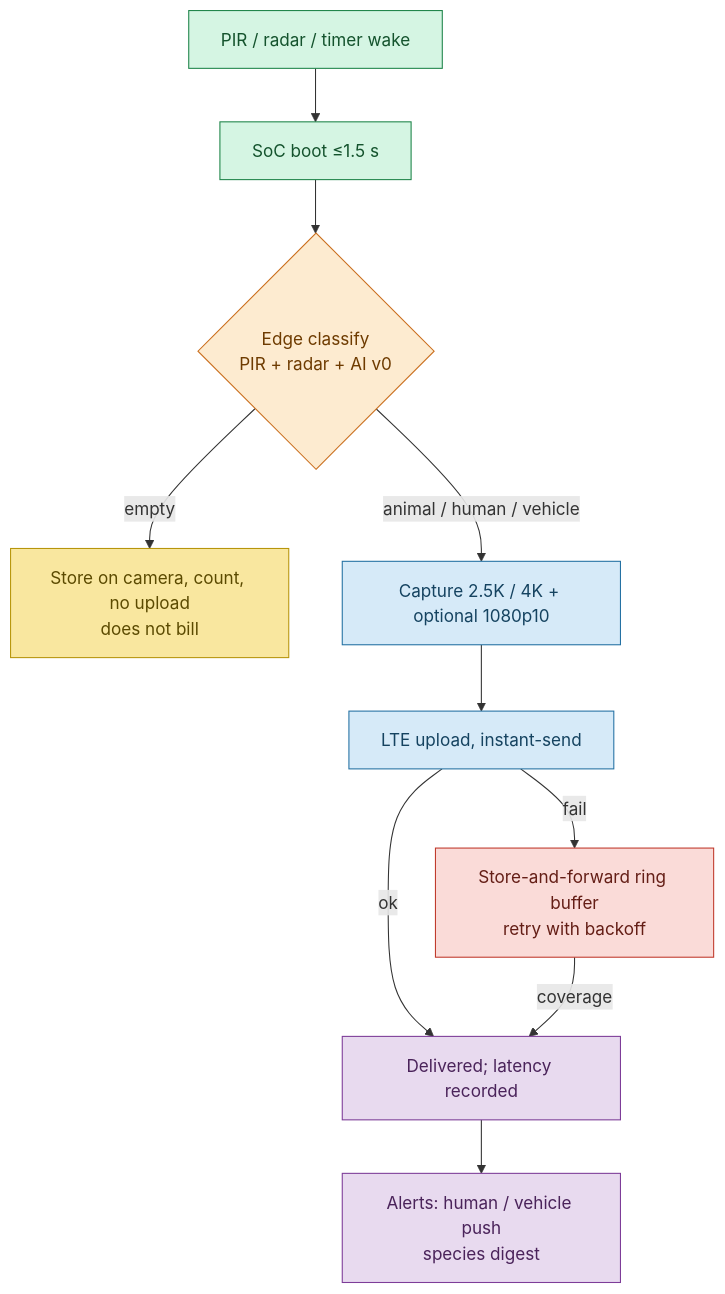
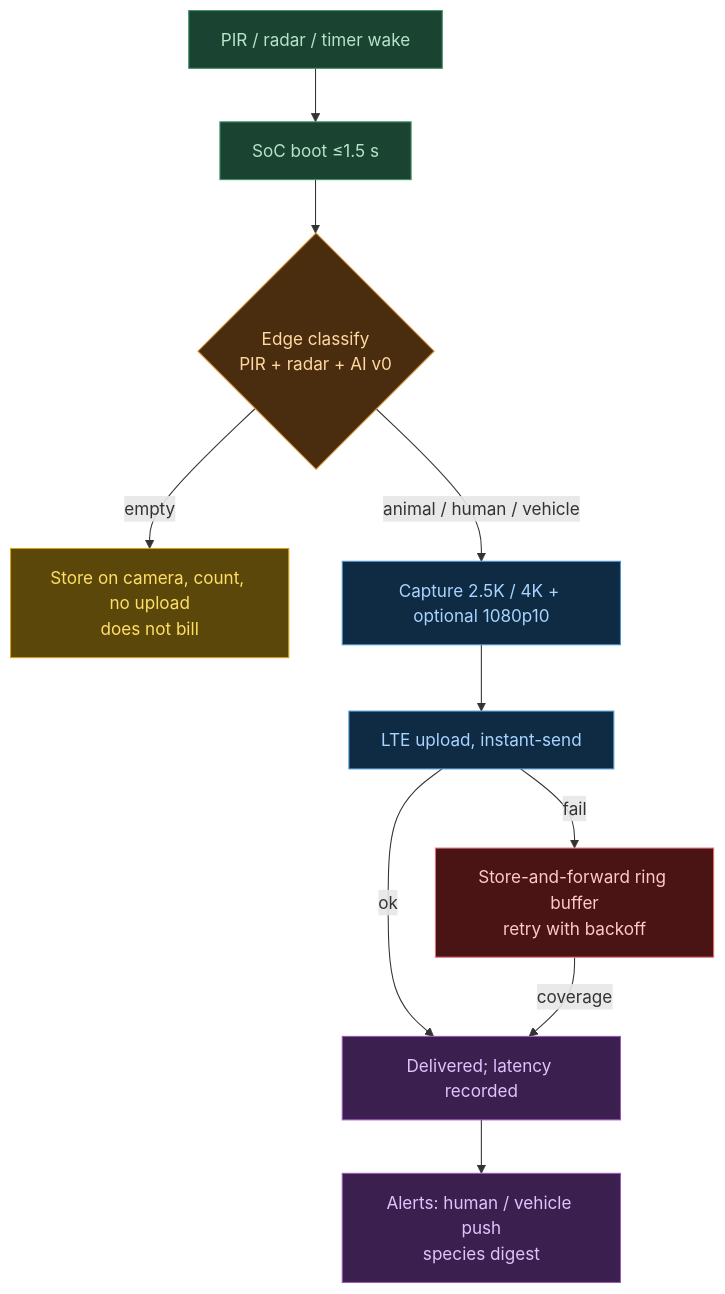
One commit to jambamamba/trailcam changed the fourth of 5 diagrams in docs/project-plan.md. Above: the diagram before and after it, drawn with Mermaid. The commit also changed other lines of this file, not shown here.

First line of the commit message:
Darken diagram fills for readability: dark backgrounds, bright text

````diff
--- a/docs/project-plan.md
+++ b/docs/project-plan.md
@@ -443,26 +443,26 @@
 ```mermaid
 flowchart TD
     W["PIR / radar / timer wake"] --> B["SoC boot ≤1.5 s"]
     B --> P{"Edge classify<br/>PIR + radar + AI v0"}
     P -->|"empty"| S["Store on camera, count, no upload<br/>does not bill"]
     P -->|"animal / human / vehicle"| C["Capture 2.5K / 4K + optional 1080p10"]
     C --> U["LTE upload, instant-send"]
     U -->|"ok"| D["Delivered; latency recorded"]
     U -->|"fail"| Q["Store-and-forward ring buffer<br/>retry with backoff"]
     Q -->|"coverage"| D
     D --> A["Alerts: human / vehicle push<br/>species digest"]
 
-    classDef wake fill:#d5f5e3,stroke:#1e8449,color:#14532d
-    classDef decide fill:#fdebd0,stroke:#ca6f1e,color:#6e3b00
-    classDef local fill:#f9e79f,stroke:#b7950b,color:#5b4a00
-    classDef net fill:#d6eaf8,stroke:#2471a3,color:#154360
-    classDef retry fill:#fadbd8,stroke:#c0392b,color:#641e16
-    classDef alert fill:#e8daef,stroke:#7d3c98,color:#4a235a
+    classDef wake fill:#1b4332,stroke:#40916c,color:#b7e4c7
+    classDef decide fill:#4a2c0f,stroke:#d98e32,color:#ffd9a0
+    classDef local fill:#5c470a,stroke:#d4a017,color:#ffe066
+    classDef net fill:#0f2a43,stroke:#4d94d0,color:#a8d5ff
+    classDef retry fill:#4a1414,stroke:#e57373,color:#ffc9c9
+    classDef alert fill:#3b1f4e,stroke:#9b59b6,color:#e0c3fc
 
     class W,B wake
     class P decide
     class S local
     class C,U net
     class Q retry
     class D,A alert
 ```
````
